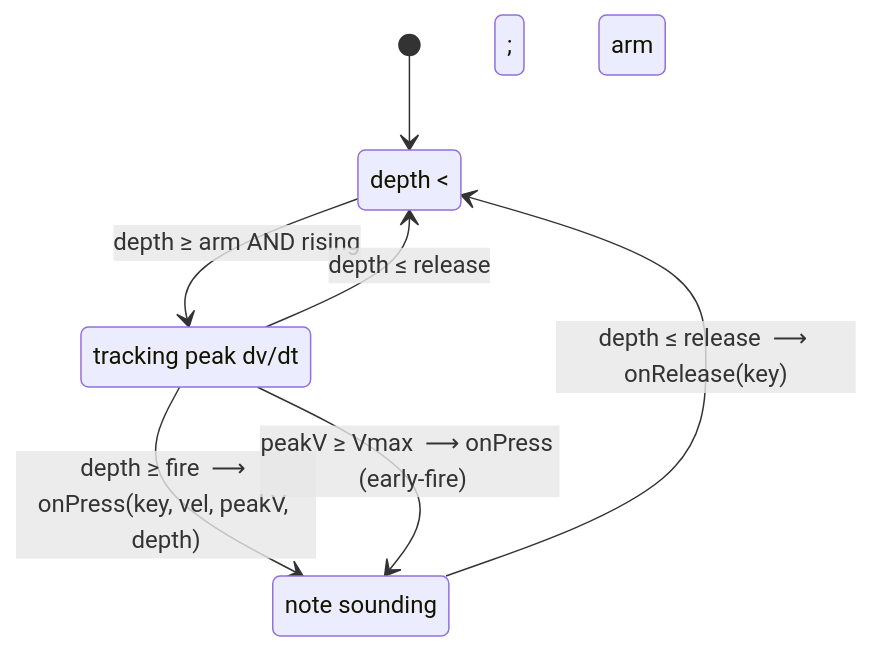
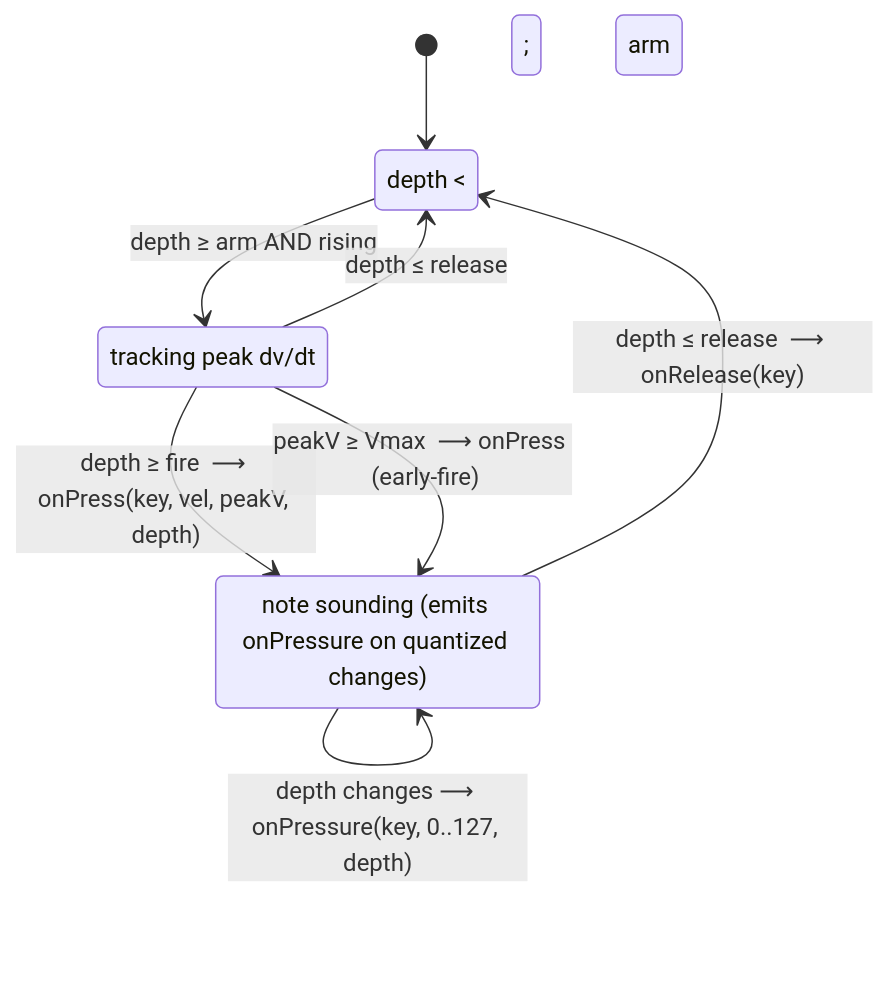
One commit to epatel/keyclave changed the diagram in cards/detector.md. Above: the diagram before and after it, drawn with Mermaid. The commit also changed other lines of this file and 7 other files, not shown here.

````diff
--- a/cards/detector.md
+++ b/cards/detector.md
@@ -7,12 +7,13 @@
 ```mermaid
 stateDiagram-v2
     [*] --> idle
     idle:    depth &lt; arm
     armed:   tracking peak dv/dt
-    on:      note sounding
+    on:      note sounding (emits onPressure on quantized changes)
     idle  --> armed: depth ≥ arm AND rising
     armed --> on:    depth ≥ fire  ⟶ onPress(key, vel, peakV, depth)
     armed --> on:    peakV ≥ Vmax  ⟶ onPress  (early-fire)
     armed --> idle:  depth ≤ release
+    on    --> on:    depth changes ⟶ onPressure(key, 0..127, depth)
     on    --> idle:  depth ≤ release  ⟶ onRelease(key)
 ```
````
